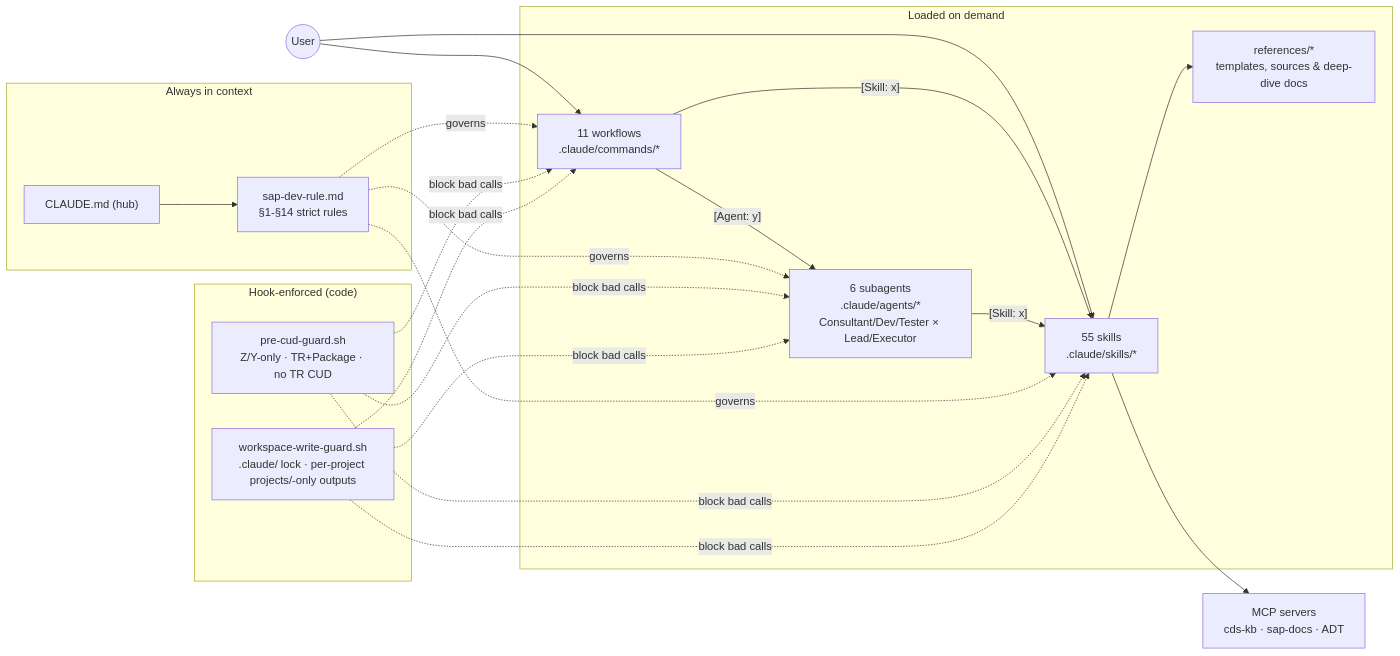
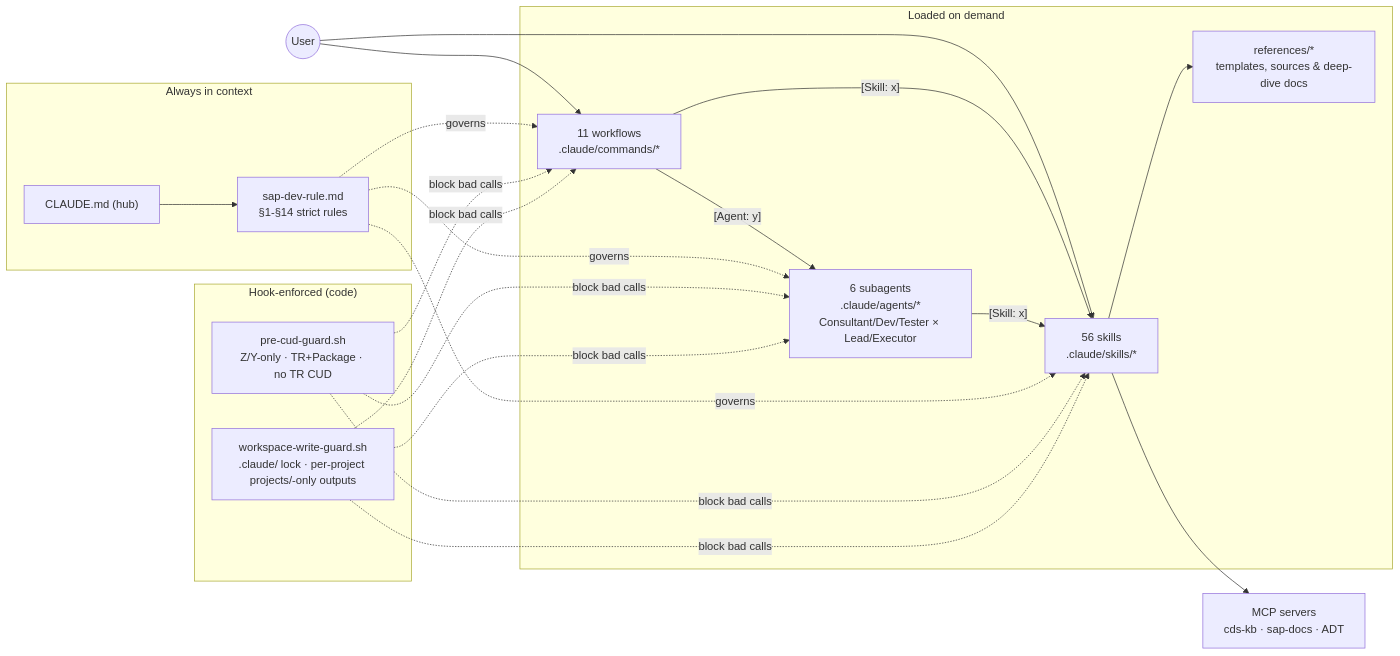
One commit to dovoanhtruong/abap-agent-claudecode-workspace changed the first of 2 diagrams in README.md. Above: the diagram before and after it, drawn with Mermaid. The commit also changed other lines of this file and 16 other files, not shown here.

````diff
--- a/README.md
+++ b/README.md
@@ -18,23 +18,23 @@
 ```mermaid
 flowchart LR
     subgraph CTX["Always in context"]
         CM["CLAUDE.md (hub)"] --> RULE["sap-dev-rule.md<br/>§1-§14 strict rules"]
     end
     subgraph ONDEMAND["Loaded on demand"]
-        SK["55 skills<br/>.claude/skills/*"] --> REF["references/*<br/>templates, sources & deep-dive docs"]
+        SK["56 skills<br/>.claude/skills/*"] --> REF["references/*<br/>templates, sources & deep-dive docs"]
         WF["11 workflows<br/>.claude/commands/*"]
         AG["6 subagents<br/>.claude/agents/*<br/>Consultant/Dev/Tester × Lead/Executor"]
     end
     subgraph ENFORCE["Hook-enforced (code)"]
         H1["pre-cud-guard.sh<br/>Z/Y-only · TR+Package · no TR CUD"]
         H2["workspace-write-guard.sh<br/>.claude/ lock · per-project projects/-only outputs"]
     end
     USER((User)) --> WF
     USER --> SK
     WF -->|"[Skill: x]"| SK
     WF -->|"[Agent: y]"| AG
     AG -->|"[Skill: x]"| SK
     RULE -.governs.-> WF & SK & AG
     H1 & H2 -.block bad calls.-> WF & SK & AG
     SK --> MCP["MCP servers<br/>cds-kb · sap-docs · ADT"]
 ```
````
